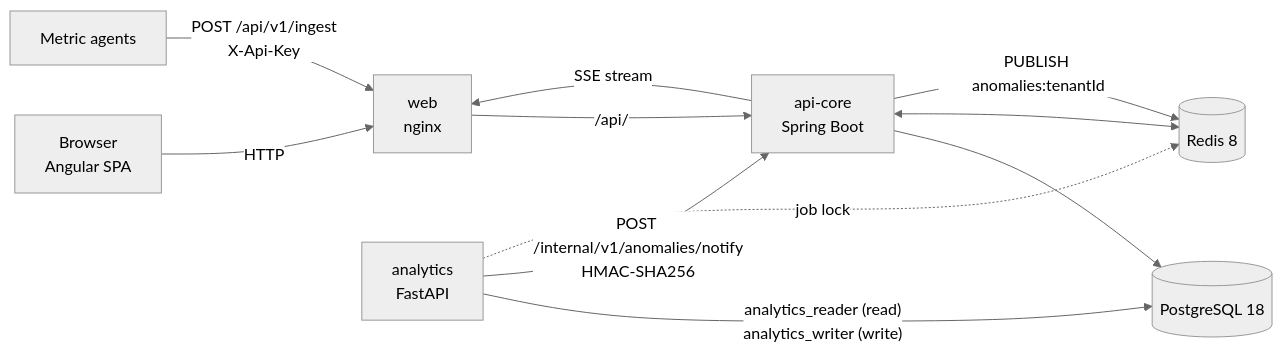
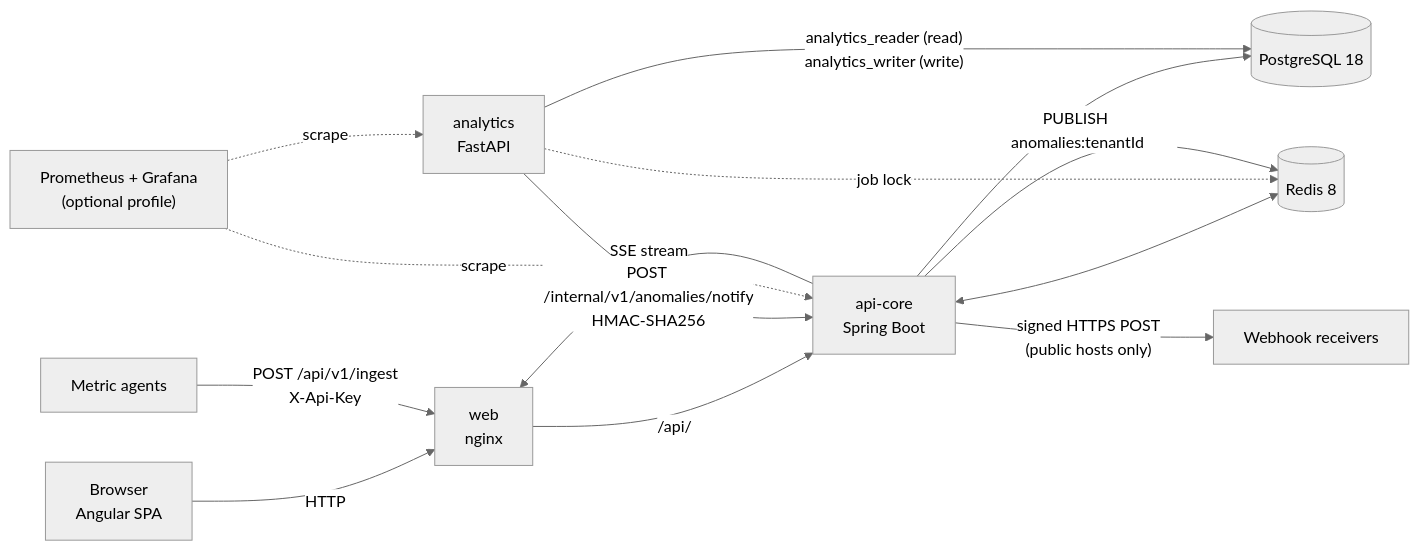
Before and after one commit to ayberkaarda/Pulseboard: the diagram in README.md, drawn with Mermaid (neutral theme). The commit also changed other lines of this file and 1 other file, not shown here.

Commit message:
docs: describe alerting, webhook security, the observability profile and the new settings in the root README (EN and TR)

````diff
--- a/README.md
+++ b/README.md
@@ -33,13 +38,16 @@
 ```mermaid
 flowchart LR
     Browser["Browser<br/>Angular SPA"] -->|"HTTP"| Nginx["web<br/>nginx"]
     Agent["Metric agents"] -->|"POST /api/v1/ingest<br/>X-Api-Key"| Nginx
     Nginx -->|"/api/"| API["api-core<br/>Spring Boot"]
     API --> PG[("PostgreSQL 18")]
     API <--> Redis[("Redis 8")]
     AN["analytics<br/>FastAPI"] -->|"analytics_reader (read)<br/>analytics_writer (write)"| PG
     AN -->|"POST /internal/v1/anomalies/notify<br/>HMAC-SHA256"| API
     AN -.->|"job lock"| Redis
     API -->|"PUBLISH anomalies:tenantId"| Redis
     API -->|"SSE stream"| Nginx
+    API -->|"signed HTTPS POST<br/>(public hosts only)"| Hook["Webhook receivers"]
+    Prom["Prometheus + Grafana<br/>(optional profile)"] -.->|"scrape"| API
+    Prom -.->|"scrape"| AN
 ```
````
